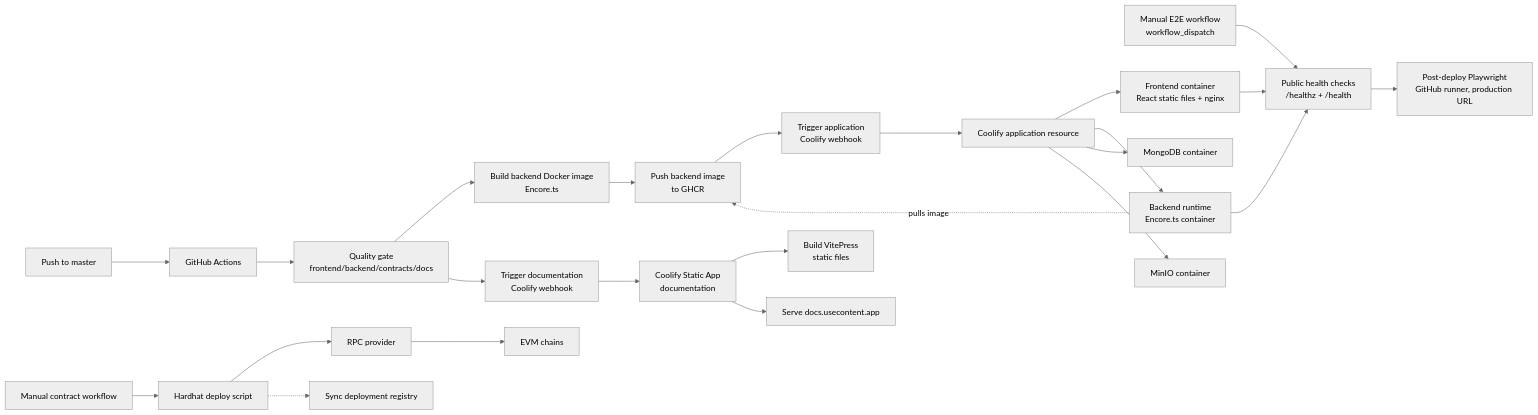
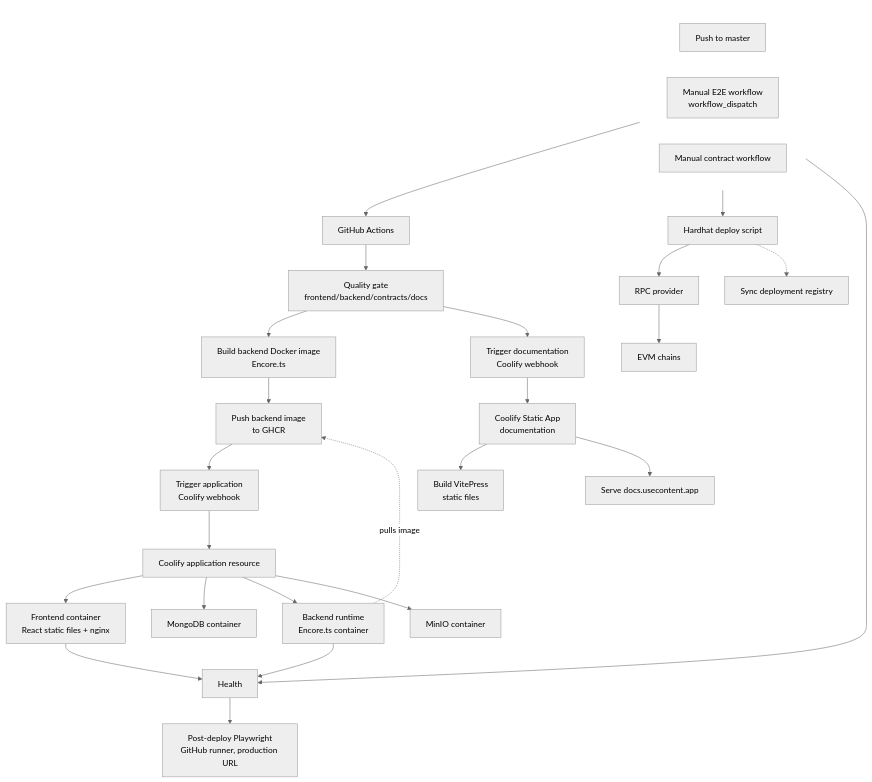
Before and after one commit to akhmetovKamil/useContent: the first of 3 diagrams in documentation/deployment/index.md, drawn with Mermaid (neutral theme). The commit also changed 1 other file, not shown here.

Commit message:
Fix Mermaid table styling and deployment layout

````diff
--- a/documentation/deployment/index.md
+++ b/documentation/deployment/index.md
@@ -23,31 +23,40 @@
 ```mermaid
-flowchart LR
-    ManualE2E["Manual E2E workflow<br/>workflow_dispatch"] --> Health["Public health checks<br/>/healthz + /health"]
+flowchart TD
+    subgraph Triggers["Deployment triggers"]
+        direction LR
+        Push["Push to master"]
+        ManualE2E["Manual E2E workflow<br/>workflow_dispatch"]
+        Manual["Manual contract workflow"]
+    end
 
-    Push["Push to master"] --> Actions["GitHub Actions"]
+    Push --> Actions["GitHub Actions"]
+    Manual --> Hardhat["Hardhat deploy script"]
+
     Actions --> Gate["Quality gate<br/>frontend/backend/contracts/docs"]
 
     Gate --> BackendImage["Build backend Docker image<br/>Encore.ts"]
     BackendImage --> GHCR["Push backend image<br/>to GHCR"]
     GHCR --> AppWebhook["Trigger application<br/>Coolify webhook"]
     AppWebhook --> CoolifyApp["Coolify application resource"]
 
     Gate --> DocsWebhook["Trigger documentation<br/>Coolify webhook"]
     DocsWebhook --> CoolifyDocs["Coolify Static App<br/>documentation"]
     CoolifyDocs --> DocsBuild["Build VitePress<br/>static files"]
     CoolifyDocs --> DocsStatic["Serve docs.usecontent.app"]
 
     CoolifyApp --> Frontend["Frontend container<br/>React static files + nginx"]
+    CoolifyApp --> Mongo["MongoDB container"]
     CoolifyApp --> Backend["Backend runtime<br/>Encore.ts container"]
-    CoolifyApp --> Mongo["MongoDB container"]
     CoolifyApp --> MinIO["MinIO container"]
     Backend -.->|pulls image| GHCR
     Frontend --> Health
     Backend --> Health
     Health --> Smoke["Post-deploy Playwright<br/>GitHub runner, production URL"]
 
-    Manual["Manual contract workflow"] --> Hardhat["Hardhat deploy script"]
     Hardhat --> RPC["RPC provider"]
+    Hardhat -.-> Registry["Sync deployment registry"]
     RPC --> Chains["EVM chains"]
-    Hardhat -.-> Registry["Sync deployment registry"]
+    ManualE2E --> Health
+
+    style Triggers fill:transparent,stroke:transparent,color:transparent
 ```
````
